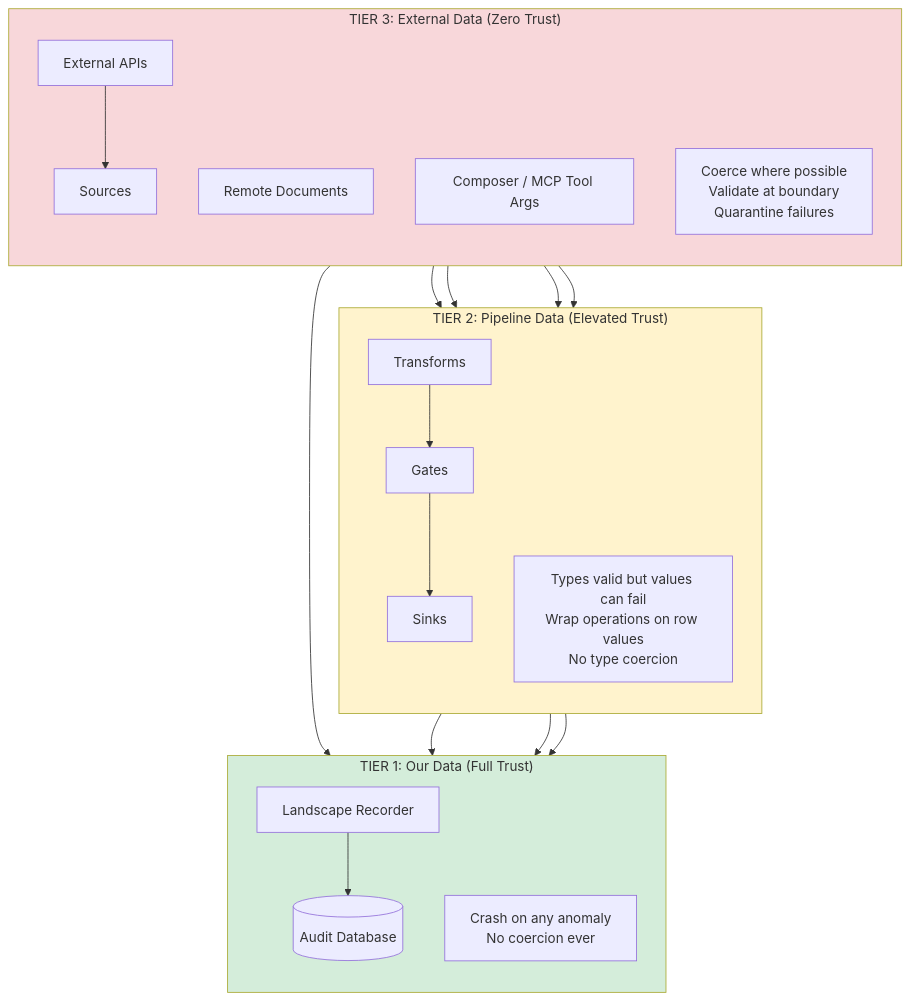
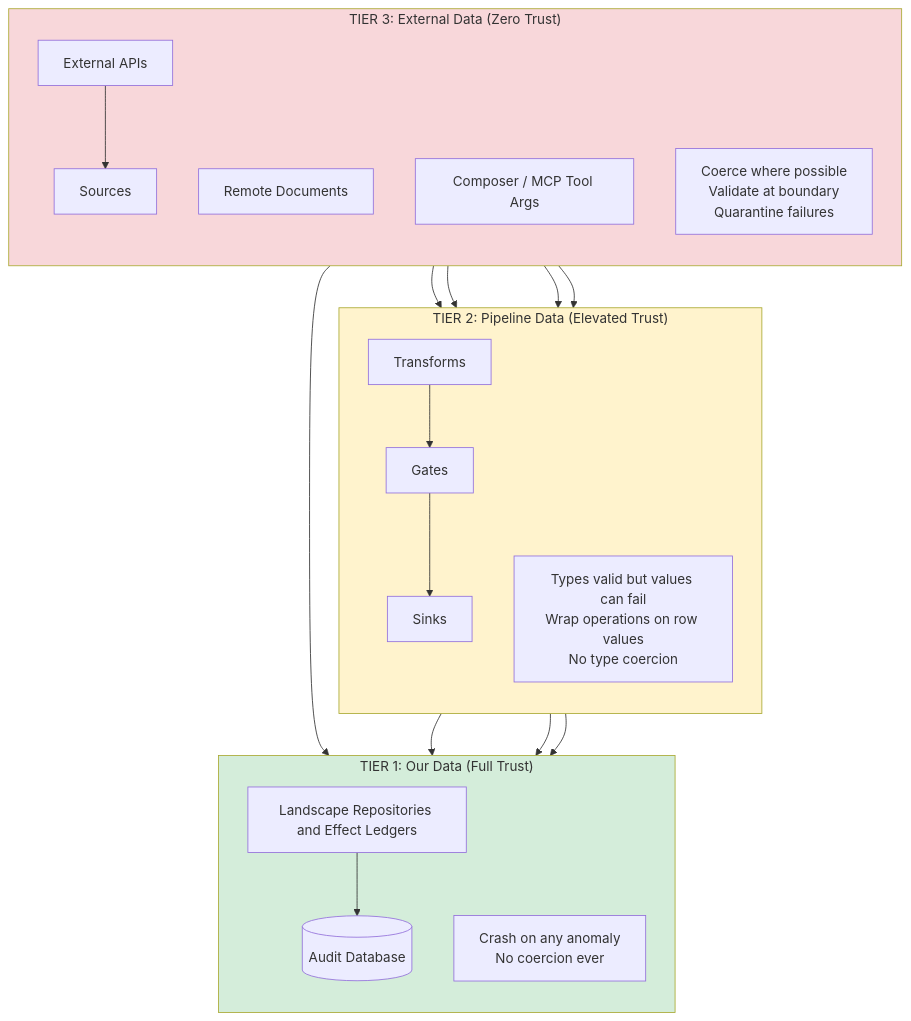
Diagram 13 of 13 in ARCHITECTURE.md (johnm-dta/elspeth), drawn with Mermaid before and after one commit. The commit also changed other lines of this file and 9 other files, not shown here.

````diff
--- a/ARCHITECTURE.md
+++ b/ARCHITECTURE.md
@@ -846,46 +889,46 @@
 ```mermaid
 flowchart TB
     subgraph TIER1["TIER 1: Our Data (Full Trust)"]
         direction TB
         AuditDB[(Audit Database)]
-        Landscape[Landscape Recorder]
+        Landscape[Landscape Repositories and Effect Ledgers]
 
         Landscape --> AuditDB
         note1["Crash on any anomaly<br/>No coercion ever"]
     end
 
     subgraph TIER2["TIER 2: Pipeline Data (Elevated Trust)"]
         direction TB
         Transforms[Transforms]
         Gates[Gates]
         Sinks[Sinks]
 
         note2["Types valid but values can fail<br/>Wrap operations on row values<br/>No type coercion"]
     end
 
     subgraph TIER3["TIER 3: External Data (Zero Trust)"]
         direction TB
         Sources[Sources]
         APIs[External APIs]
         Documents[Remote Documents]
         ComposerArgs[Composer / MCP Tool Args]
 
         note3["Coerce where possible<br/>Validate at boundary<br/>Quarantine failures"]
     end
 
     APIs --> Sources
     APIs --> Transforms
     Documents --> Transforms
     ComposerArgs --> Transforms
     Sources --> Transforms
     Transforms --> Gates
     Gates --> Sinks
     Sources --> Landscape
     Transforms --> Landscape
     Gates --> Landscape
     Sinks --> Landscape
 
     style TIER1 fill:#d4edda
     style TIER2 fill:#fff3cd
     style TIER3 fill:#f8d7da
 ```
````
